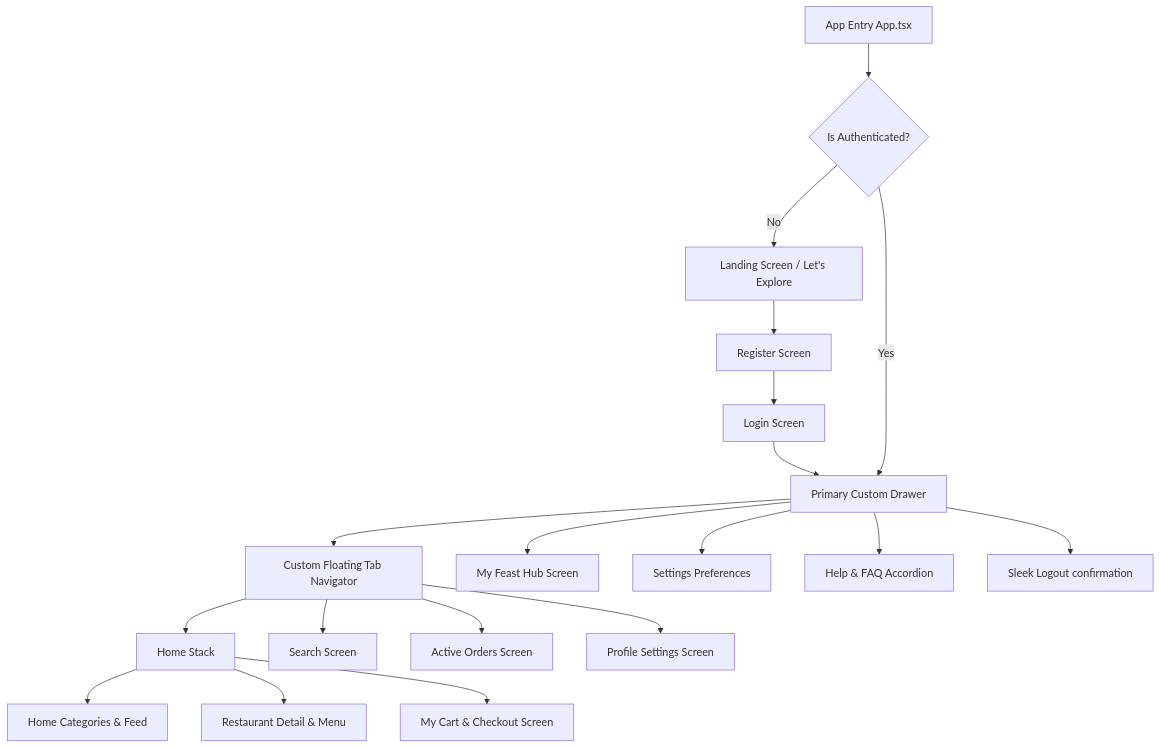
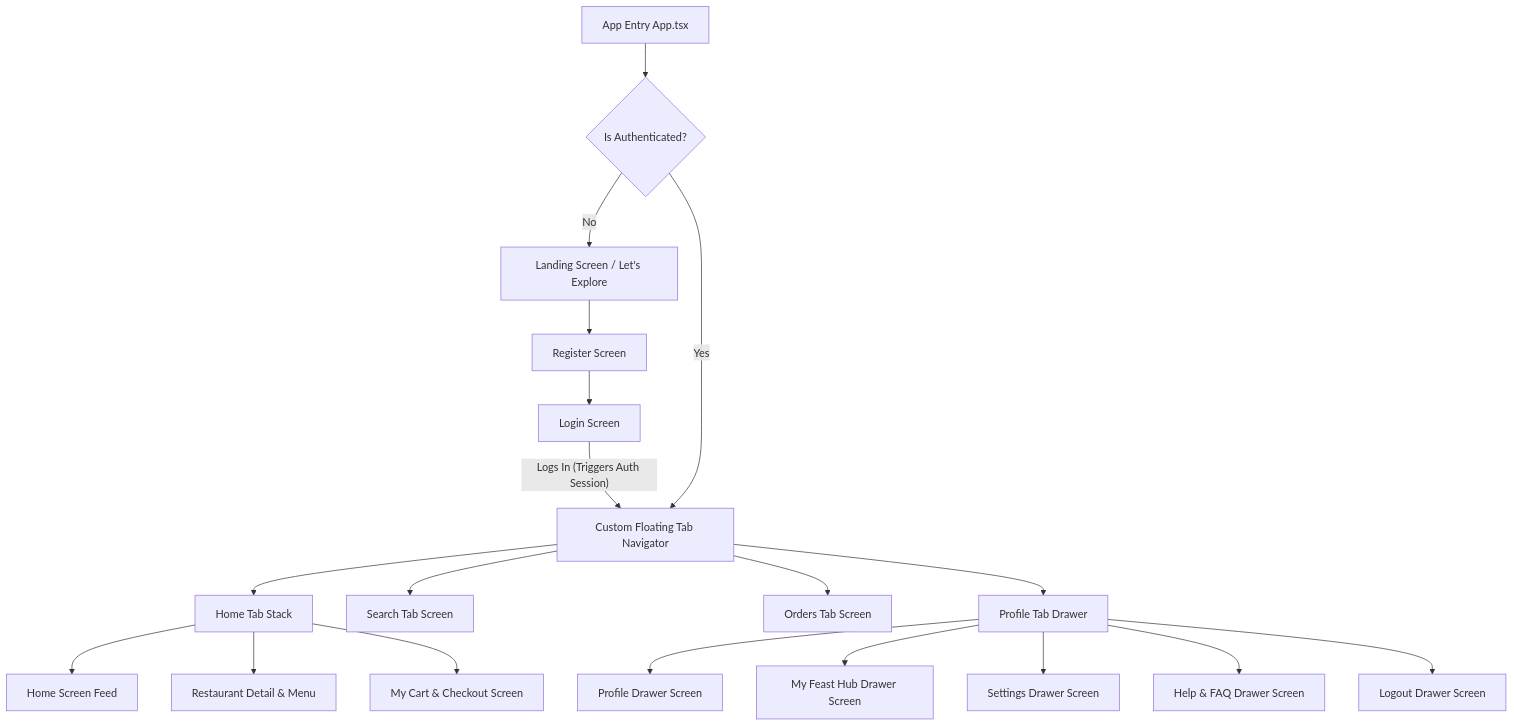
One commit to ShubaBhardwaj/food-delivery-app changed the diagram in README.md. Above: the diagram before and after it, drawn with Mermaid.

Commit message:
readme update

````diff
--- a/README.md
+++ b/README.md
@@ -70,32 +70,32 @@
 ```mermaid
 graph TD
     %% Base Entry Gate
     Root[App Entry App.tsx] --> AuthGuard{Is Authenticated?}
     
     %% Auth Stack Gate
     AuthGuard -- No --> Landing[Landing Screen / Let's Explore]
     Landing --> Register[Register Screen]
     Register --> Login[Login Screen]
-    Login --> MainDrawer[Primary Custom Drawer]
+    Login -- "Logs In (Triggers Auth Session)" --> TabNavigator
 
-    %% Main App Structure
-    AuthGuard -- Yes --> MainDrawer
-    
-    %% Drawer Registry
-    MainDrawer --> TabBar[Custom Floating Tab Navigator]
-    MainDrawer --> DrawerMyOrder[My Feast Hub Screen]
-    MainDrawer --> DrawerSettings[Settings Preferences]
-    MainDrawer --> DrawerHelp[Help & FAQ Accordion]
-    MainDrawer --> DrawerLogout[Sleek Logout confirmation]
+    %% Main App Tab Navigator
+    AuthGuard -- Yes --> TabNavigator[Custom Floating Tab Navigator]
     
     %% Bottom Tab Registry
-    TabBar --> TabHomeStack[Home Stack]
-    TabBar --> TabSearch[Search Screen]
-    TabBar --> TabOrders[Active Orders Screen]
-    TabBar --> TabProfile[Profile Settings Screen]
+    TabNavigator --> TabHomeStack[Home Tab Stack]
+    TabNavigator --> TabSearch[Search Tab Screen]
+    TabNavigator --> TabOrders[Orders Tab Screen]
+    TabNavigator --> TabProfileDrawer[Profile Tab Drawer]
 
     %% Home Stack Detail Screens
-    TabHomeStack --> ScreenHome[Home Categories & Feed]
+    TabHomeStack --> ScreenHome[Home Screen Feed]
     TabHomeStack --> ScreenRest[Restaurant Detail & Menu]
     TabHomeStack --> ScreenCart[My Cart & Checkout Screen]
+
+    %% Profile Drawer Screen Registry
+    TabProfileDrawer --> DrawerProfile[Profile Drawer Screen]
+    TabProfileDrawer --> DrawerMyOrder[My Feast Hub Drawer Screen]
+    TabProfileDrawer --> DrawerSettings[Settings Drawer Screen]
+    TabProfileDrawer --> DrawerHelp[Help & FAQ Drawer Screen]
+    TabProfileDrawer --> DrawerLogout[Logout Drawer Screen]
 ```
````
